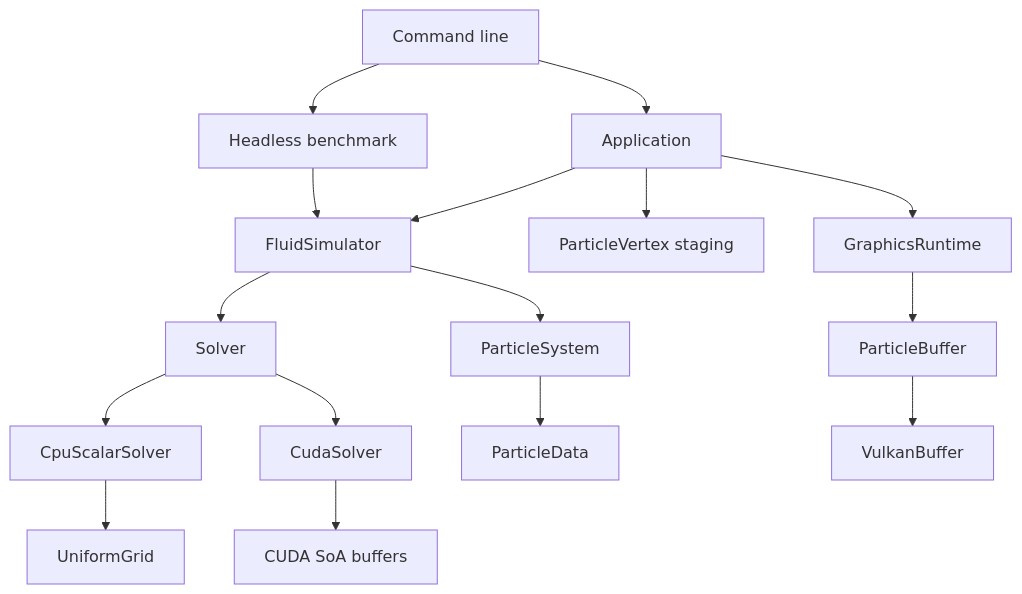
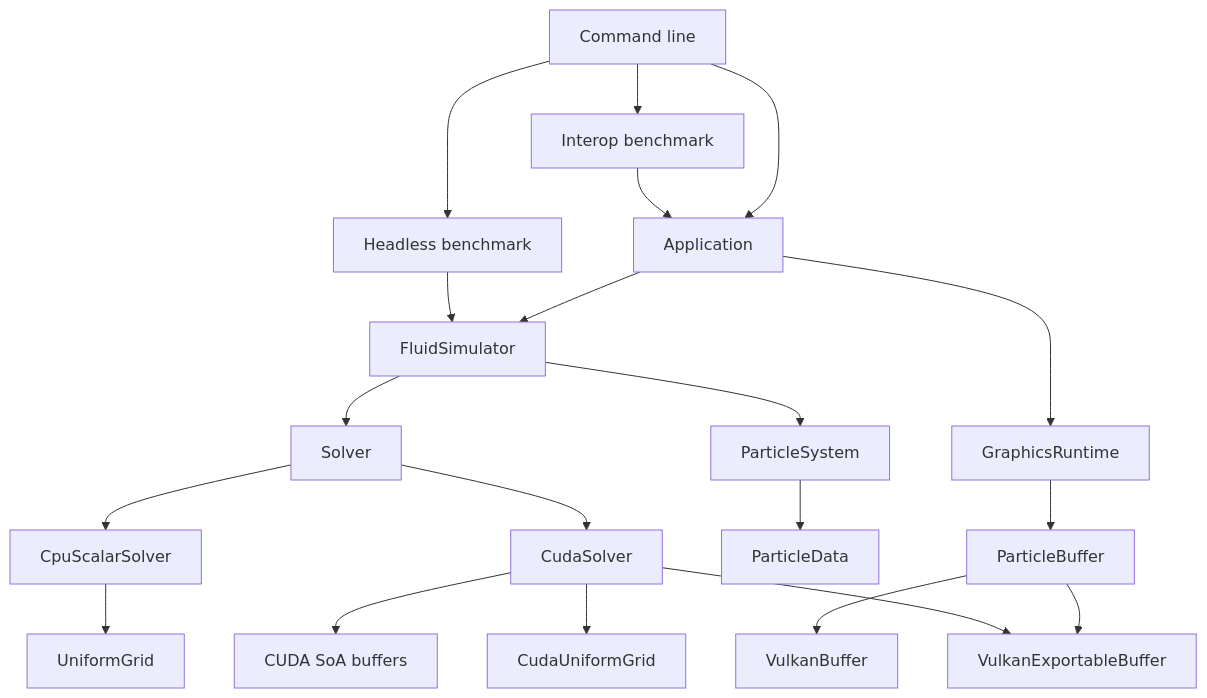
One commit to JustARandomBadDev/fluid-simulator changed the diagram in README.md. Above: the diagram before and after it, drawn with Mermaid. The commit also changed other lines of this file and 3 other files, not shown here.

Commit message:
docs: document Vulkan-CUDA interop and benchmarks

````diff
--- a/README.md
+++ b/README.md
@@ -134,21 +162,25 @@
 ```mermaid
 flowchart TB
     CLI[Command line] --> A[Application]
     CLI --> N[Headless benchmark]
+    CLI --> Q[Interop benchmark]
+    Q --> A
     A --> B[FluidSimulator]
     N --> B
-    A --> H[ParticleVertex staging]
     A --> I[GraphicsRuntime]
 
     B --> C[Solver]
     C --> D[CpuScalarSolver]
     D --> E[UniformGrid]
     C --> L[CudaSolver]
     L --> M[CUDA SoA buffers]
+    L --> U[CudaUniformGrid]
 
     B --> F[ParticleSystem]
     F --> G[ParticleData]
 
     I --> J[ParticleBuffer]
     J --> K[VulkanBuffer]
+    J --> X[VulkanExportableBuffer]
+    L --> X
 ```
````
